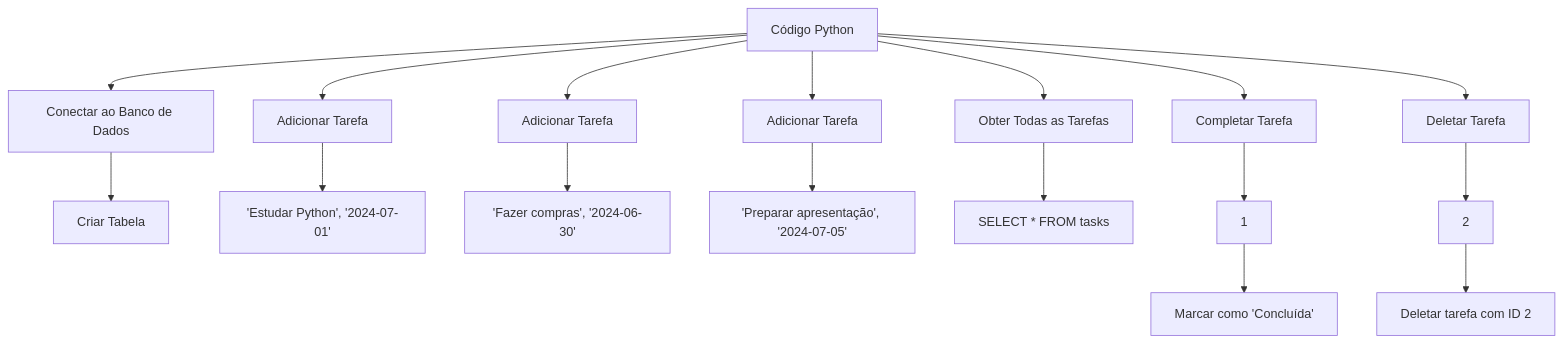
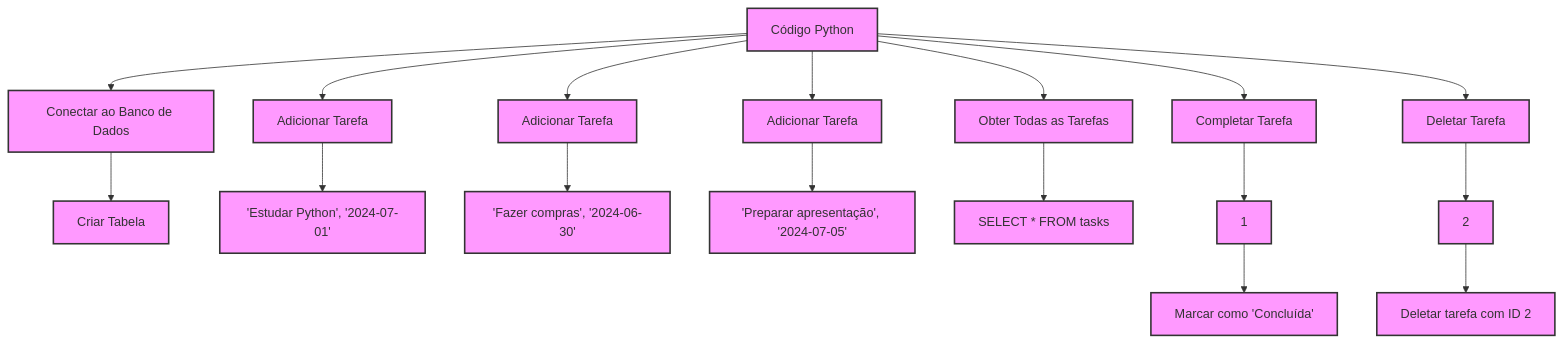
One commit to Vatris3301/Criar-banco-de-dados changed the diagram in README.md. Above: the diagram before and after it, drawn with Mermaid.

````diff
--- a/README.md
+++ b/README.md
@@ -3,20 +3,39 @@
 ```mermaid
 graph TD;
+    style A fill:#f9f,stroke:#333,stroke-width:2px;
+    style B fill:#f9f,stroke:#333,stroke-width:2px;
+    style C fill:#f9f,stroke:#333,stroke-width:2px;
+    style D fill:#f9f,stroke:#333,stroke-width:2px;
+    style E fill:#f9f,stroke:#333,stroke-width:2px;
+    style F fill:#f9f,stroke:#333,stroke-width:2px;
+    style G fill:#f9f,stroke:#333,stroke-width:2px;
+    style H fill:#f9f,stroke:#333,stroke-width:2px;
+    style I fill:#f9f,stroke:#333,stroke-width:2px;
+    style J fill:#f9f,stroke:#333,stroke-width:2px;
+    style K fill:#f9f,stroke:#333,stroke-width:2px;
+    style L fill:#f9f,stroke:#333,stroke-width:2px;
+    style M fill:#f9f,stroke:#333,stroke-width:2px;
+    style N fill:#f9f,stroke:#333,stroke-width:2px;
+    style O fill:#f9f,stroke:#333,stroke-width:2px;
+    style P fill:#f9f,stroke:#333,stroke-width:2px;
+    style Q fill:#f9f,stroke:#333,stroke-width:2px;
+
     A[Código Python] --> B[Conectar ao Banco de Dados]
     B --> C[Criar Tabela]
     A --> D[Adicionar Tarefa]
     D --> E['Estudar Python', '2024-07-01']
     A --> F[Adicionar Tarefa]
     F --> G['Fazer compras', '2024-06-30']
     A --> H[Adicionar Tarefa]
     H --> I['Preparar apresentação', '2024-07-05']
     A --> J[Obter Todas as Tarefas]
     J --> K[SELECT * FROM tasks]
     A --> L[Completar Tarefa]
     L --> M[1]
     M --> N[Marcar como 'Concluída']
     A --> O[Deletar Tarefa]
     O --> P[2]
     P --> Q[Deletar tarefa com ID 2]
 
+
 ```
````
